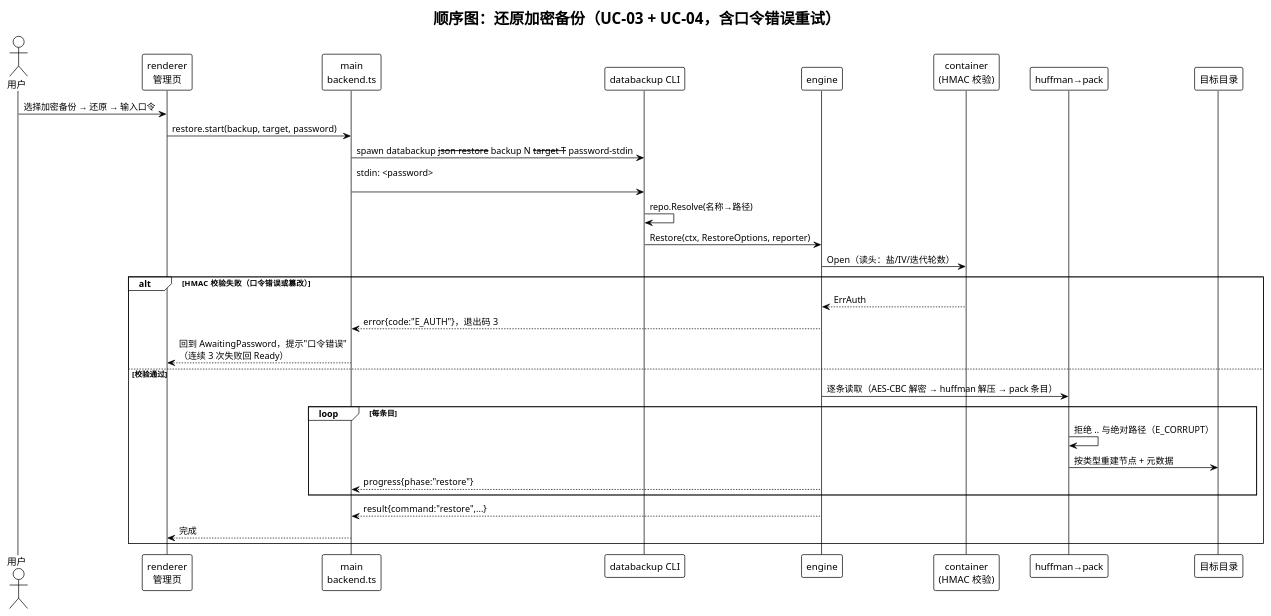
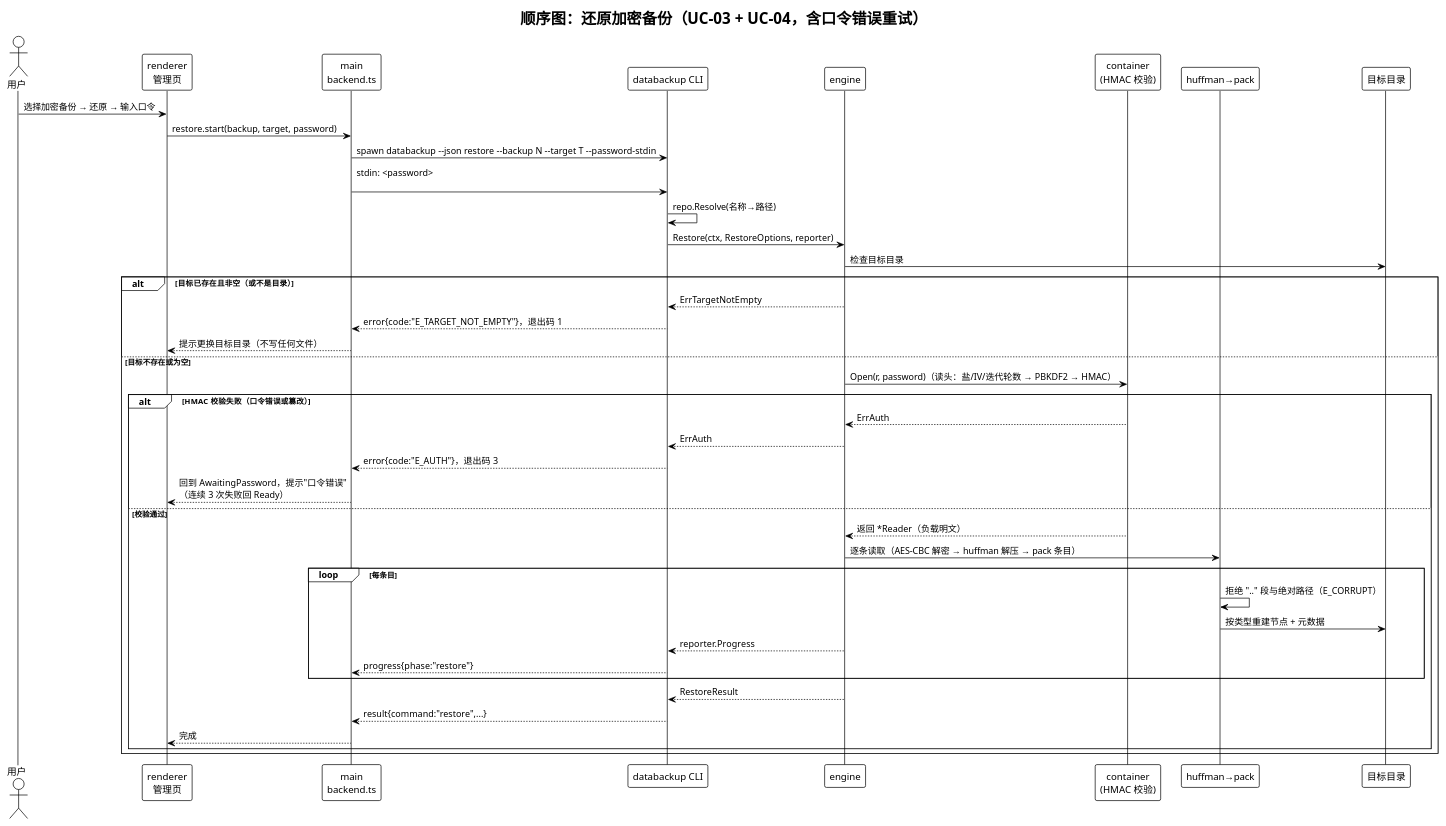
Before and after one commit to Piaoxuemoli/software-class-qoobeewang: the diagram in docs/deliverables/diagrams/seq-restore-encrypted.puml, drawn with PlantUML. The commit also changed 7 other files, not shown here.

First line of the commit message:
docs(deliverables): 设计文档与冻结接口对齐、补类图基数与追溯矩阵 (#16)

```diff
--- a/docs/deliverables/diagrams/seq-restore-encrypted.puml
+++ b/docs/deliverables/diagrams/seq-restore-encrypted.puml
@@ -1,35 +1,46 @@
 @startuml seq-restore-encrypted
 !theme plain
 title 顺序图：还原加密备份（UC-03 + UC-04，含口令错误重试）
 
 actor 用户 as U
 participant "renderer\n管理页" as R
 participant "main\nbackend.ts" as M
 participant "databackup CLI" as C
 participant "engine" as E
 participant "container\n(HMAC 校验)" as CT
 participant "huffman→pack" as D
 participant "目标目录" as T
 
 U -> R : 选择加密备份 → 还原 → 输入口令
 R -> M : restore.start(backup, target, password)
-M -> C : spawn databackup --json restore --backup N --target T --password-stdin
+M -> C : spawn databackup ~--json restore ~--backup N ~--target T ~--password-stdin
 M -> C : stdin: <password>\n
 C -> C : repo.Resolve(名称→路径)
 C -> E : Restore(ctx, RestoreOptions, reporter)
-E -> CT : Open（读头：盐/IV/迭代轮数）
-alt HMAC 校验失败（口令错误或篡改）
-  CT --> E : ErrAuth
-  E --> M : error{code:"E_AUTH"}，退出码 3
-  M --> R : 回到 AwaitingPassword，提示"口令错误"\n（连续 3 次失败回 Ready）
-else 校验通过
-  E -> D : 逐条读取（AES-CBC 解密 → huffman 解压 → pack 条目）
-  loop 每条目
-    D -> D : 拒绝 .. 与绝对路径（E_CORRUPT）
-    D -> T : 按类型重建节点 + 元数据
-    E --> M : progress{phase:"restore"}
+E -> T : 检查目标目录
+alt 目标已存在且非空（或不是目录）
+  E --> C : ErrTargetNotEmpty
+  C --> M : error{code:"E_TARGET_NOT_EMPTY"}，退出码 1
+  M --> R : 提示更换目标目录（不写任何文件）
+else 目标不存在或为空
+  E -> CT : Open(r, password)（读头：盐/IV/迭代轮数 → PBKDF2 → HMAC）
+  alt HMAC 校验失败（口令错误或篡改）
+    CT --> E : ErrAuth
+    E --> C : ErrAuth
+    C --> M : error{code:"E_AUTH"}，退出码 3
+    M --> R : 回到 AwaitingPassword，提示"口令错误"\n（连续 3 次失败回 Ready）
+  else 校验通过
+    CT --> E : 返回 *Reader（负载明文）
+    E -> D : 逐条读取（AES-CBC 解密 → huffman 解压 → pack 条目）
+    loop 每条目
+      D -> D : 拒绝 ".." 段与绝对路径（E_CORRUPT）
+      D -> T : 按类型重建节点 + 元数据
+      E --> C : reporter.Progress
+      C --> M : progress{phase:"restore"}
+    end
+    E --> C : RestoreResult
+    C --> M : result{command:"restore",...}
+    M --> R : 完成
   end
-  E --> M : result{command:"restore",...}
-  M --> R : 完成
 end
 @enduml
```
